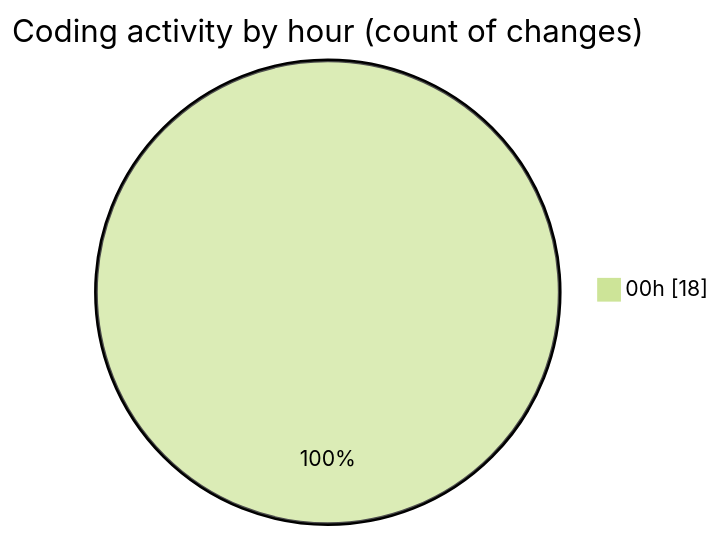
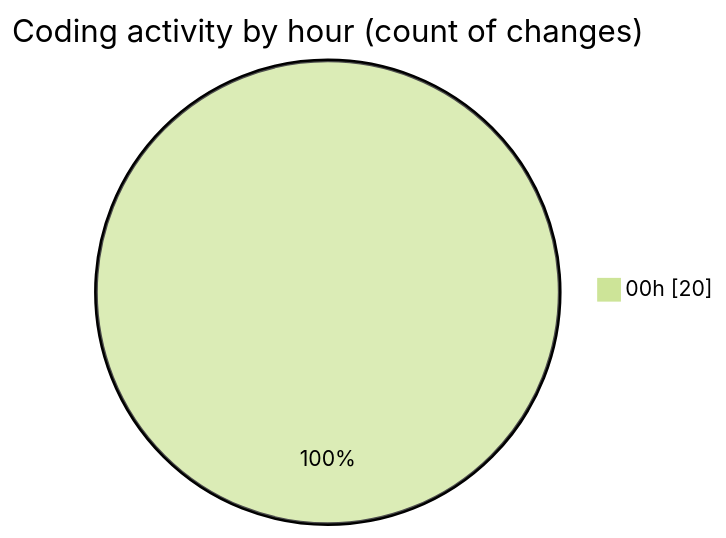
The second of 2 diagrams in 2025-07-21/reg/README.md (lephambinh05/code-tracking), drawn with Mermaid (forest theme) before and after one commit. The commit also changed other lines of this file and 1 other file, not shown here.

````diff
--- a/2025-07-21/reg/README.md
+++ b/2025-07-21/reg/README.md
@@ -31,5 +32,5 @@
 ```mermaid
 pie showData
 title Coding activity by hour (count of changes)
-"00h" : 18
+"00h" : 20
 ```
````
